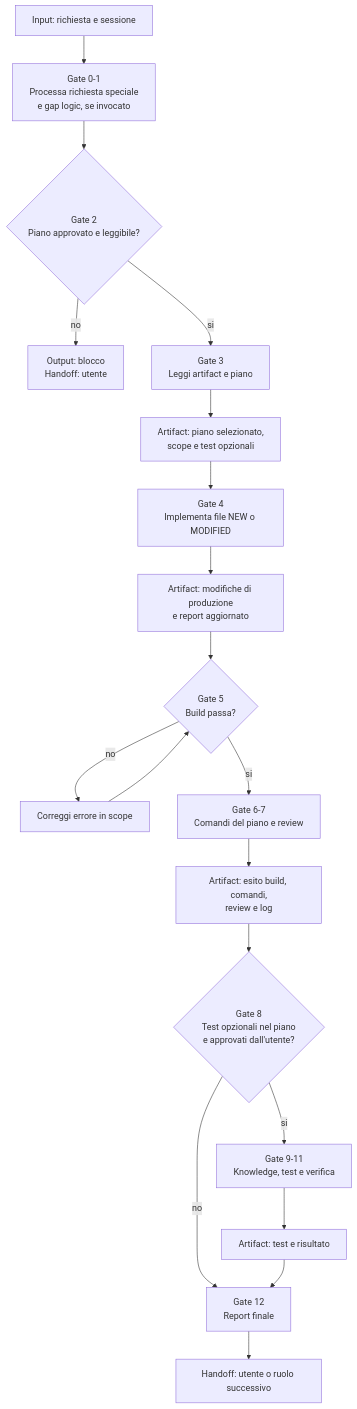
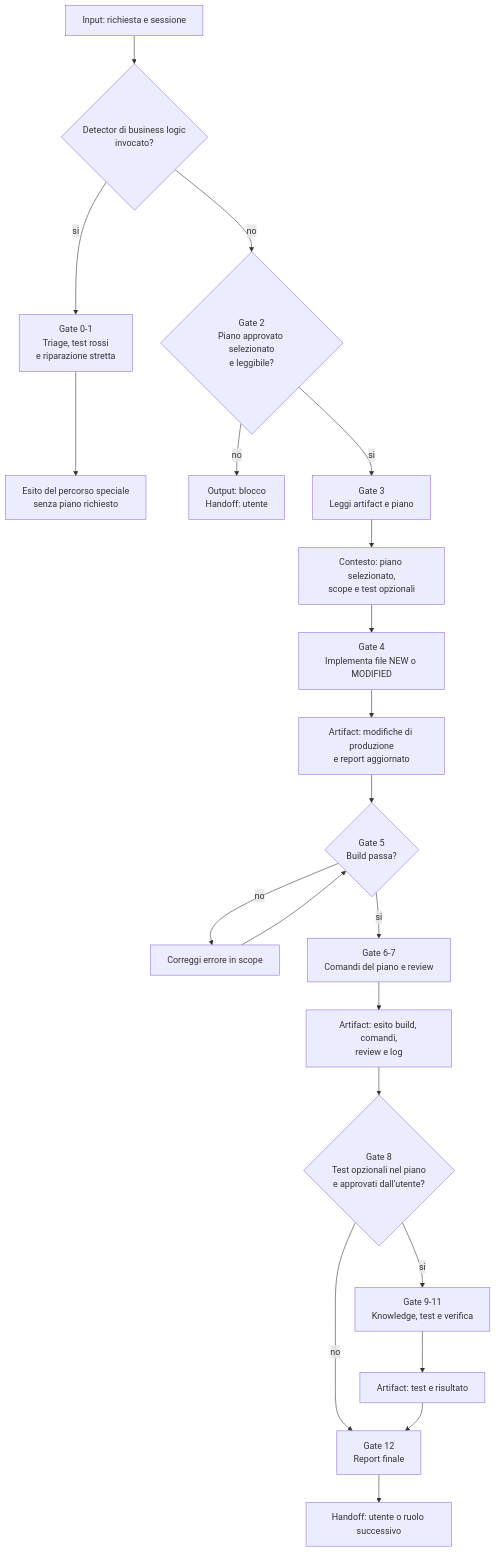
Before and after one commit to violabg/agentic-system-lessons: the diagram in role-maps/agents/implementor.md, drawn with Mermaid. The commit also changed other lines of this file and 39 other files, not shown here.

````diff
--- a/role-maps/agents/implementor.md
+++ b/role-maps/agents/implementor.md
@@ -15,21 +15,23 @@
 ```mermaid
 flowchart TD
-    Request[Input: richiesta e sessione] --> G0[Gate 0-1<br/>Processa richiesta speciale<br/>e gap logic, se invocato]
-    G0 --> G2{Gate 2<br/>Piano approvato e leggibile?}
+    Request[Input: richiesta e sessione] --> Special{Detector di business logic<br/>invocato?}
+    Special -->|si| G0[Gate 0-1<br/>Triage, test rossi<br/>e riparazione stretta]
+    G0 --> SpecialResult[Esito del percorso speciale<br/>senza piano richiesto]
+    Special -->|no| G2{Gate 2<br/>Piano approvato selezionato<br/>e leggibile?}
     G2 -->|no| Block[Output: blocco<br/>Handoff: utente]
     G2 -->|si| G3[Gate 3<br/>Leggi artifact e piano]
-    G3 --> Intake[Artifact: piano selezionato,<br/>scope e test opzionali]
+    G3 --> Intake[Contesto: piano selezionato,<br/>scope e test opzionali]
     Intake --> G4[Gate 4<br/>Implementa file NEW o MODIFIED]
     G4 --> Changes[Artifact: modifiche di produzione<br/>e report aggiornato]
     Changes --> G5{Gate 5<br/>Build passa?}
     G5 -->|no| Repair[Correggi errore in scope]
     Repair --> G5
     G5 -->|si| G6[Gate 6-7<br/>Comandi del piano e review]
     G6 --> Evidence[Artifact: esito build, comandi,<br/>review e log]
     Evidence --> G8{Gate 8<br/>Test opzionali nel piano<br/>e approvati dall'utente?}
     G8 -->|si| G9[Gate 9-11<br/>Knowledge, test e verifica]
     G9 --> TestEvidence[Artifact: test e risultato]
     G8 -->|no| G12
     TestEvidence --> G12[Gate 12<br/>Report finale]
     G12 --> Handoff[Handoff: utente o ruolo successivo]
 ```
````
